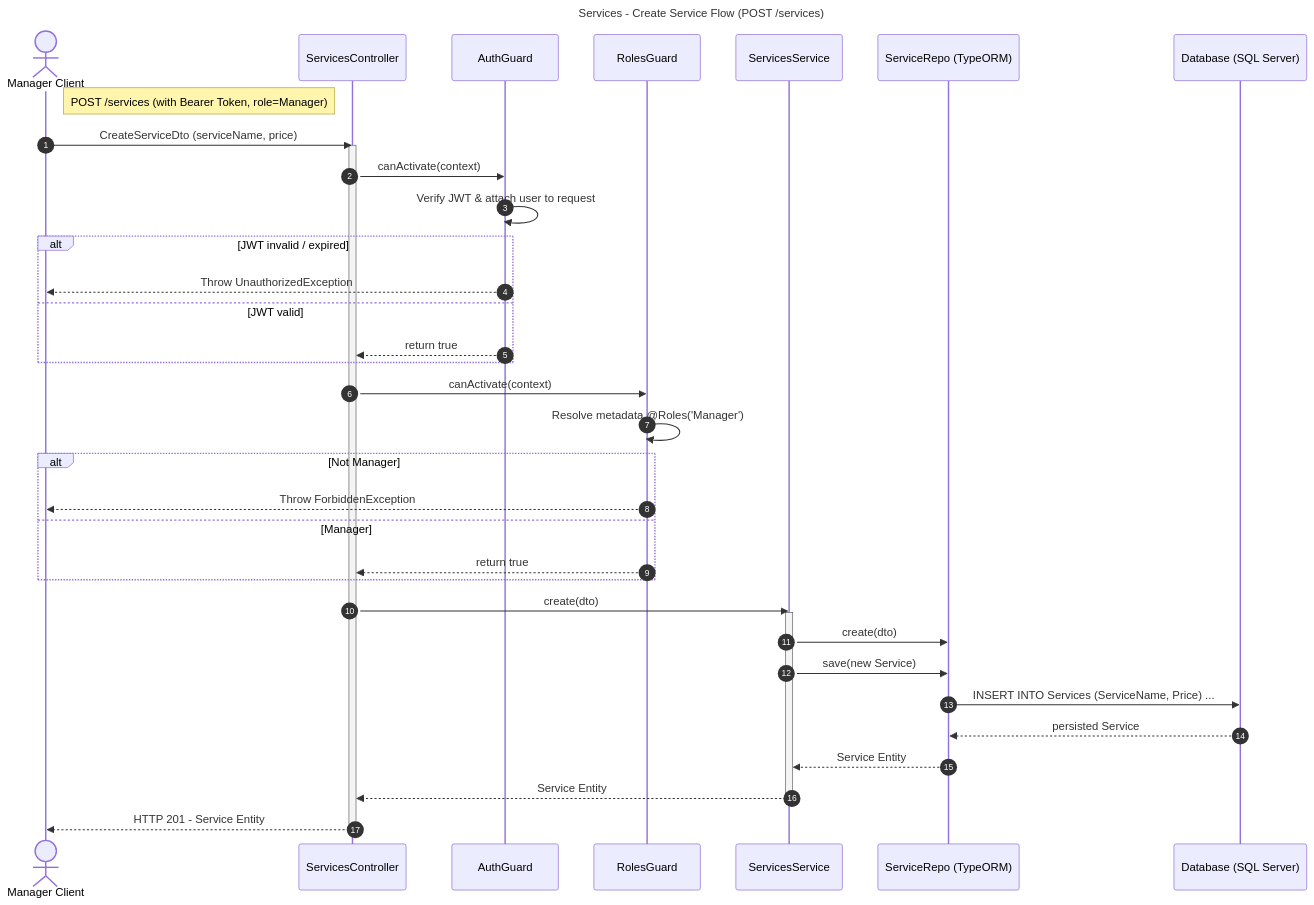
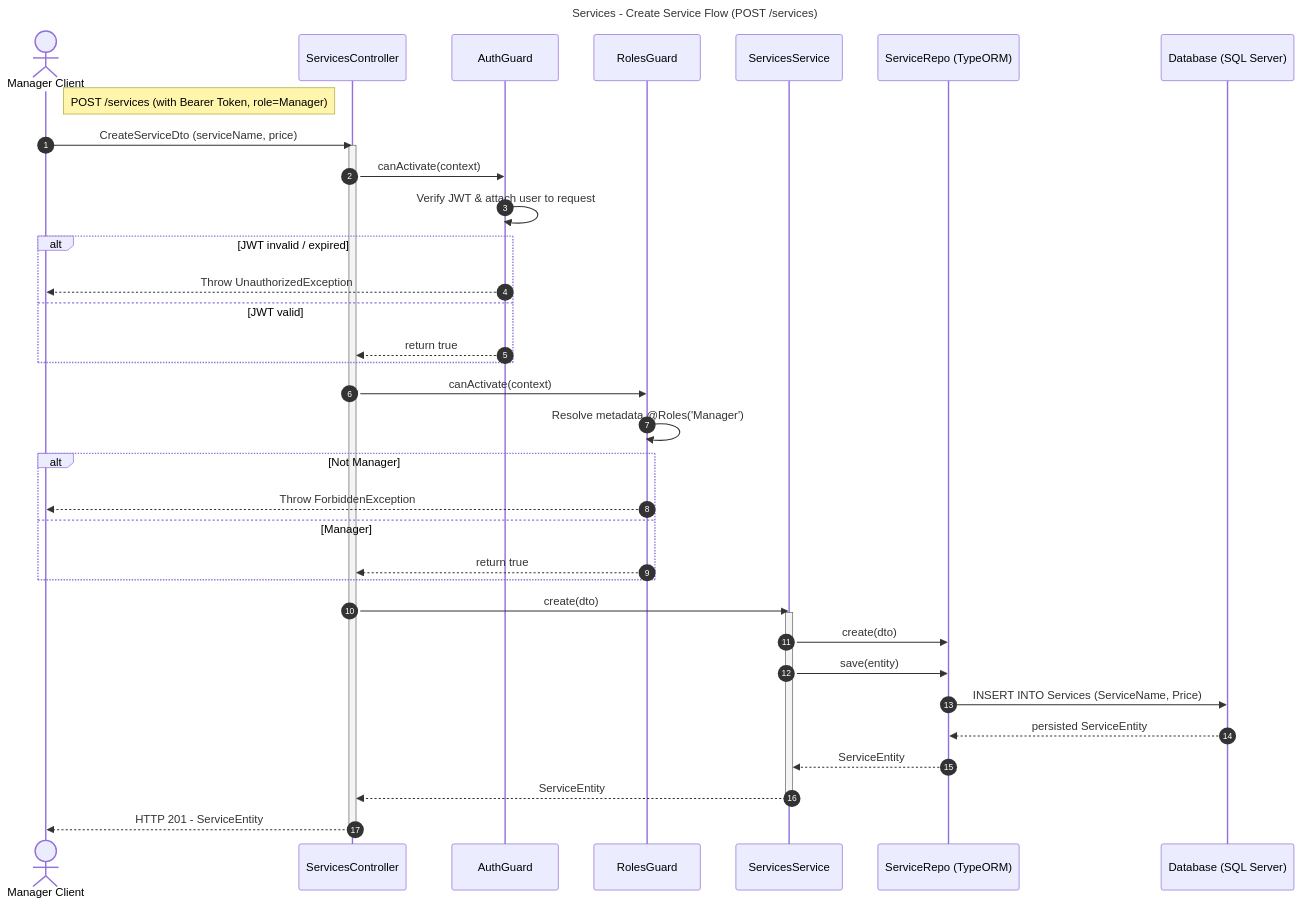
One commit to Notimemech/HotelHubManagement changed the diagram in docs/modules/services/sequence/create-service.mmd. Above: the diagram before and after it, drawn with Mermaid. The commit also changed 6 other files, not shown here.

First line of the commit message:
Refactor service-related sequence diagrams and update database schema

```diff
--- a/docs/modules/services/sequence/create-service.mmd
+++ b/docs/modules/services/sequence/create-service.mmd
@@ -1,44 +1,44 @@
 ---
 title: Services - Create Service Flow (POST /services)
 ---
 sequenceDiagram
     autonumber
     actor Client as Manager Client
     participant Ctrl as ServicesController
     participant Guard as AuthGuard
     participant RGuard as RolesGuard
-    participant Service as ServicesService
+    participant Svc as ServicesService
     participant ServiceRepo as ServiceRepo (TypeORM)
     participant DB as Database (SQL Server)
 
-    note right of Client: POST /services (with Bearer Token, role=Manager)
+    Note right of Client: POST /services (with Bearer Token, role=Manager)
     Client->>Ctrl: CreateServiceDto (serviceName, price)
     activate Ctrl
     Ctrl->>Guard: canActivate(context)
     Guard->>Guard: Verify JWT & attach user to request
     alt JWT invalid / expired
         Guard-->>Client: Throw UnauthorizedException
     else JWT valid
         Guard-->>Ctrl: return true
     end
 
     Ctrl->>RGuard: canActivate(context)
     RGuard->>RGuard: Resolve metadata @Roles('Manager')
     alt Not Manager
         RGuard-->>Client: Throw ForbiddenException
     else Manager
         RGuard-->>Ctrl: return true
     end
 
-    Ctrl->>Service: create(dto)
-    activate Service
-    Service->>ServiceRepo: create(dto)
-    Service->>ServiceRepo: save(new Service)
-    ServiceRepo->>DB: INSERT INTO Services (ServiceName, Price) ...
-    DB-->>ServiceRepo: persisted Service
-    ServiceRepo-->>Service: Service Entity
-    Service-->>Ctrl: Service Entity
-    deactivate Service
+    Ctrl->>Svc: create(dto)
+    activate Svc
+    Svc->>ServiceRepo: create(dto)
+    Svc->>ServiceRepo: save(entity)
+    ServiceRepo->>DB: INSERT INTO Services (ServiceName, Price)
+    DB-->>ServiceRepo: persisted ServiceEntity
+    ServiceRepo-->>Svc: ServiceEntity
+    Svc-->>Ctrl: ServiceEntity
+    deactivate Svc
 
-    Ctrl-->>Client: HTTP 201 - Service Entity
+    Ctrl-->>Client: HTTP 201 - ServiceEntity
     deactivate Ctrl
```
